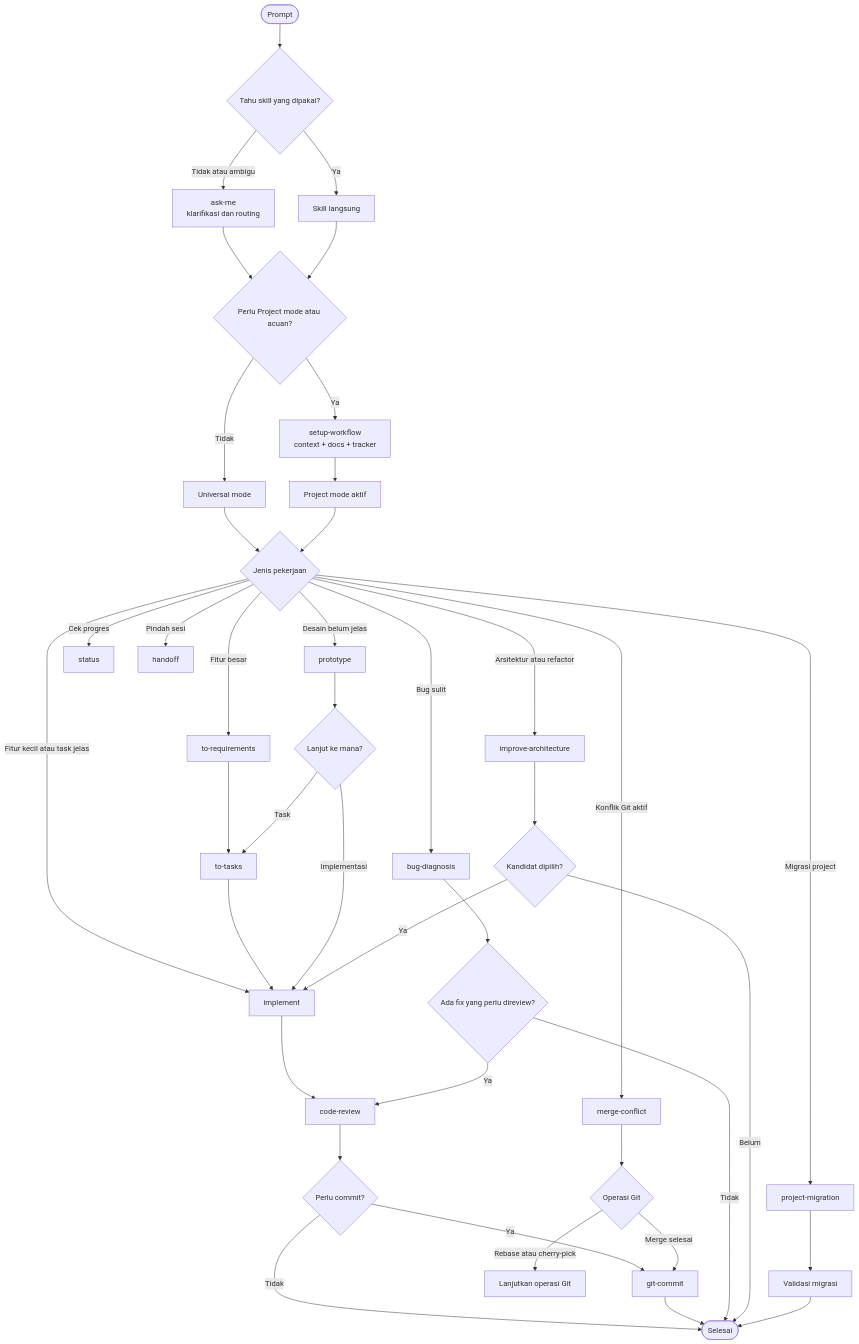
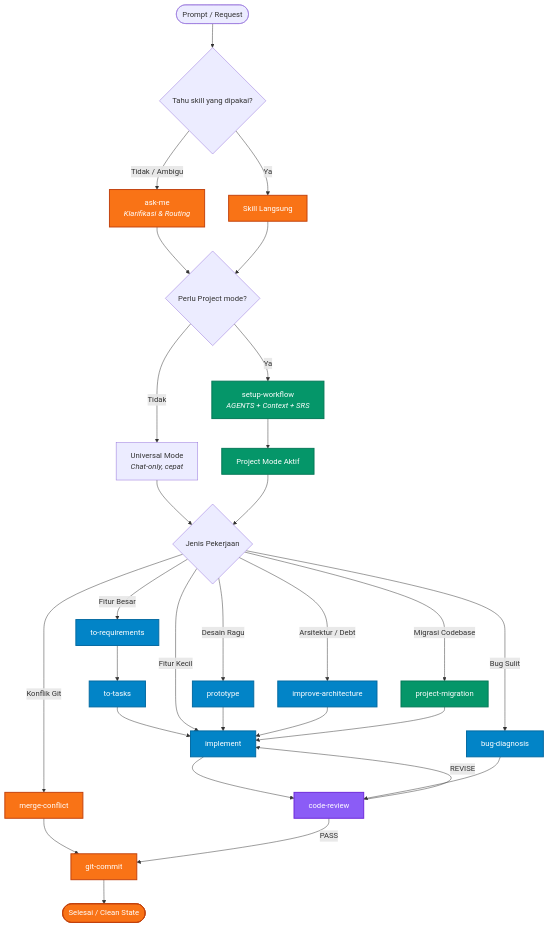
The first of 4 diagrams in README.md (Divarizky/dev-workflow-skills), drawn with Mermaid before and after one commit. The commit also changed other lines of this file and 17 other files, not shown here.

````diff
--- a/README.md
+++ b/README.md
@@ -55,51 +55,46 @@
 ```mermaid
 flowchart TD
-    START([Prompt]) --> ENTRY{Tahu skill yang dipakai?}
-    ENTRY -->|Tidak atau ambigu| ASK[ask-me<br/>klarifikasi dan routing]
-    ENTRY -->|Ya| DIRECT[Skill langsung]
-    ASK --> MODE{Perlu Project mode atau acuan?}
+    classDef gate fill:#f97316,stroke:#c2410c,stroke-width:2px,color:#fff;
+    classDef review fill:#8b5cf6,stroke:#6d28d9,stroke-width:2px,color:#fff;
+    classDef build fill:#0284c7,stroke:#0369a1,stroke-width:2px,color:#fff;
+    classDef context fill:#059669,stroke:#047857,stroke-width:2px,color:#fff;
+
+    USER([Prompt / Request]) --> ENTRY{Tahu skill yang dipakai?}
+    ENTRY -->|Tidak / Ambigu| ASK[ask-me<br/><i>Klarifikasi & Routing</i>]:::gate
+    ENTRY -->|Ya| DIRECT[Skill Langsung]:::gate
+
+    ASK --> MODE{Perlu Project mode?}
     DIRECT --> MODE
 
-    MODE -->|Tidak| UNIVERSAL[Universal mode]
-    MODE -->|Ya| SETUP[setup-workflow<br/>context + docs + tracker]
-    SETUP --> PROJECT[Project mode aktif]
-    UNIVERSAL --> ROUTE{Jenis pekerjaan}
+    MODE -->|Tidak| UNIVERSAL[Universal Mode<br/><i>Chat-only, cepat</i>]
+    MODE -->|Ya| SETUP[setup-workflow<br/><i>AGENTS + Context + SRS</i>]:::context
+    SETUP --> PROJECT[Project Mode Aktif]:::context
+    UNIVERSAL --> ROUTE{Jenis Pekerjaan}
     PROJECT --> ROUTE
 
-    ROUTE -->|Fitur kecil atau task jelas| IMP[implement]
-    ROUTE -->|Fitur besar| REQ[to-requirements]
-    REQ --> TASK[to-tasks]
-    TASK --> IMP
-    IMP --> REVIEW[code-review]
-    REVIEW --> COMMITQ{Perlu commit?}
-    COMMITQ -->|Ya| COMMIT[git-commit]
-    COMMITQ -->|Tidak| DONE([Selesai])
-    COMMIT --> DONE
+    %% 7 Cabang
+    ROUTE -->|Fitur Besar| REQ[to-requirements]:::build
+    REQ --> TASK[to-tasks]:::build
+    TASK --> IMP[implement]:::build
 
-    ROUTE -->|Bug sulit| BUG[bug-diagnosis]
-    BUG --> BUGQ{Ada fix yang perlu direview?}
-    BUGQ -->|Ya| REVIEW
-    BUGQ -->|Tidak| DONE
+    ROUTE -->|Fitur Kecil| IMP
+    ROUTE -->|Bug Sulit| BUG[bug-diagnosis]:::build
+    ROUTE -->|Desain Ragu| PROTO[prototype]:::build
+    PROTO --> IMP
 
-    ROUTE -->|Desain belum jelas| PROTO[prototype]
-    PROTO --> NEXT{Lanjut ke mana?}
-    NEXT -->|Task| TASK
-    NEXT -->|Implementasi| IMP
+    ROUTE -->|Arsitektur / Debt| ARCH[improve-architecture]:::build
+    ARCH --> IMP
 
-    ROUTE -->|Arsitektur atau refactor| ARCH[improve-architecture]
-    ARCH --> ARCHQ{Kandidat dipilih?}
-    ARCHQ -->|Ya| IMP
-    ARCHQ -->|Belum| DONE
+    ROUTE -->|Konflik Git| CONF[merge-conflict]:::gate
+    CONF --> COMMIT[git-commit]:::gate
 
-    ROUTE -->|Konflik Git aktif| CONFLICT[merge-conflict]
-    CONFLICT --> GITFLOW{Operasi Git}
-    GITFLOW -->|Merge selesai| COMMIT
-    GITFLOW -->|Rebase atau cherry-pick| CONTINUE[Lanjutkan operasi Git]
+    ROUTE -->|Migrasi Codebase| MIG[project-migration]:::context
+    MIG --> IMP
 
-    ROUTE -->|Migrasi project| MIGRATE[project-migration]
-    MIGRATE --> MIGDONE[Validasi migrasi]
-    MIGDONE --> DONE
-
-    ROUTE -->|Cek progres| STATUS[status]
-    ROUTE -->|Pindah sesi| HANDOFF[handoff]
+    %% Delivery Gate
+    IMP --> REV[code-review]:::review
+    BUG --> REV
+    REV -->|REVISE| IMP
+    REV -->|PASS| COMMIT
+    COMMIT --> DONE([Selesai / Clean State]):::gate
 ```
````
